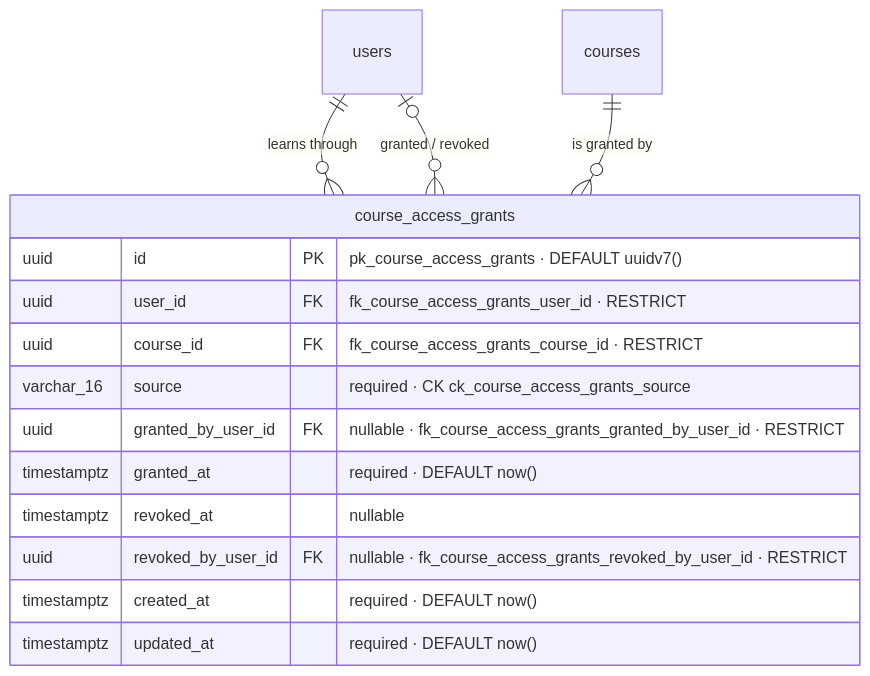
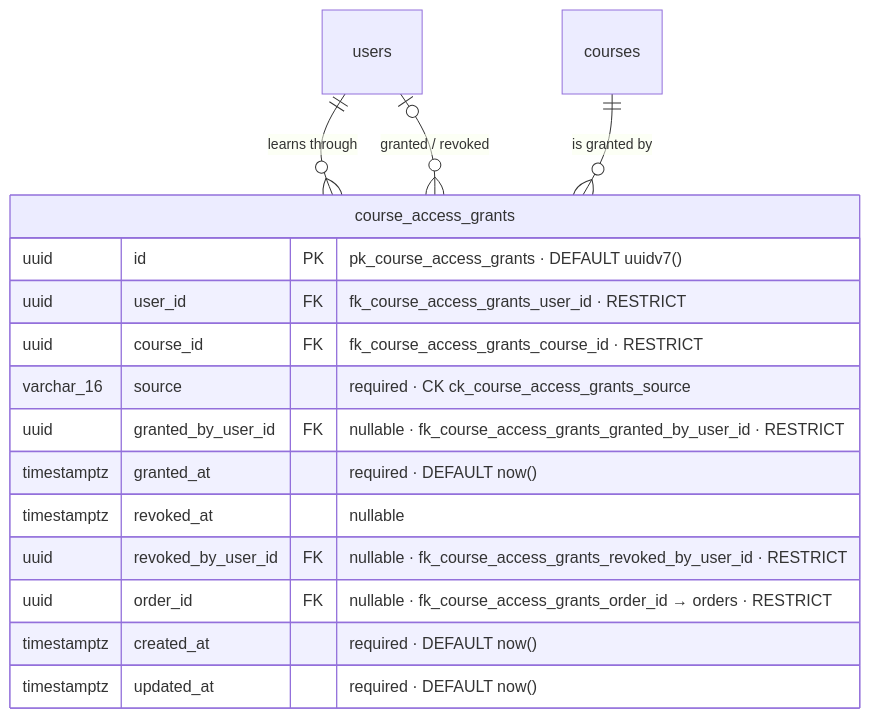
Before and after one commit to kienquocnguyen/xuan-api: the eighth of 11 diagrams in docs/database.md, drawn with Mermaid. The commit also changed other lines of this file and 6 other files, not shown here.

First line of the commit message:
docs: record the course sales and VNPAY design, contract and schema

````diff
--- a/docs/database.md
+++ b/docs/database.md
@@ -682,19 +686,20 @@
 ```mermaid
 erDiagram
     users ||--o{ course_access_grants : "learns through"
     courses ||--o{ course_access_grants : "is granted by"
     users |o--o{ course_access_grants : "granted / revoked"
 
     course_access_grants {
         uuid id PK "pk_course_access_grants · DEFAULT uuidv7()"
         uuid user_id FK "fk_course_access_grants_user_id · RESTRICT"
         uuid course_id FK "fk_course_access_grants_course_id · RESTRICT"
         varchar_16 source "required · CK ck_course_access_grants_source"
         uuid granted_by_user_id FK "nullable · fk_course_access_grants_granted_by_user_id · RESTRICT"
         timestamptz granted_at "required · DEFAULT now()"
         timestamptz revoked_at "nullable"
         uuid revoked_by_user_id FK "nullable · fk_course_access_grants_revoked_by_user_id · RESTRICT"
+        uuid order_id FK "nullable · fk_course_access_grants_order_id → orders · RESTRICT"
         timestamptz created_at "required · DEFAULT now()"
         timestamptz updated_at "required · DEFAULT now()"
     }
 ```
````
